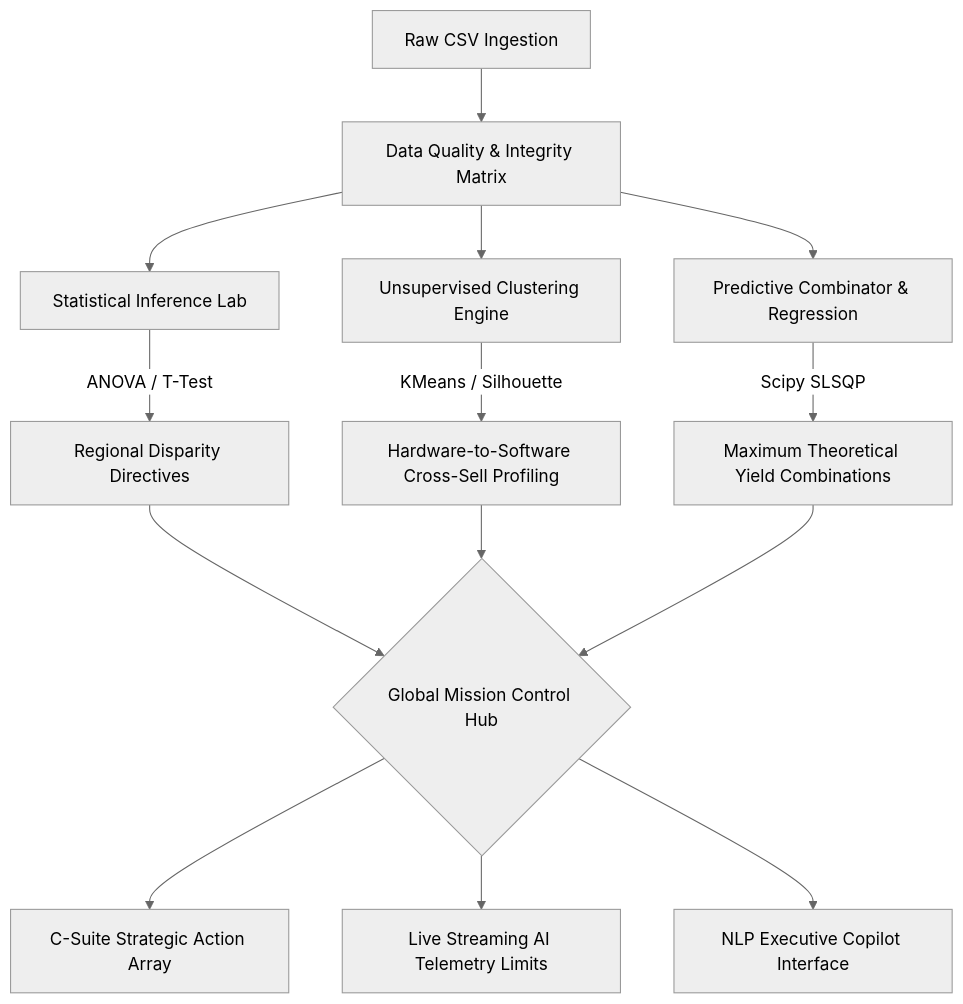
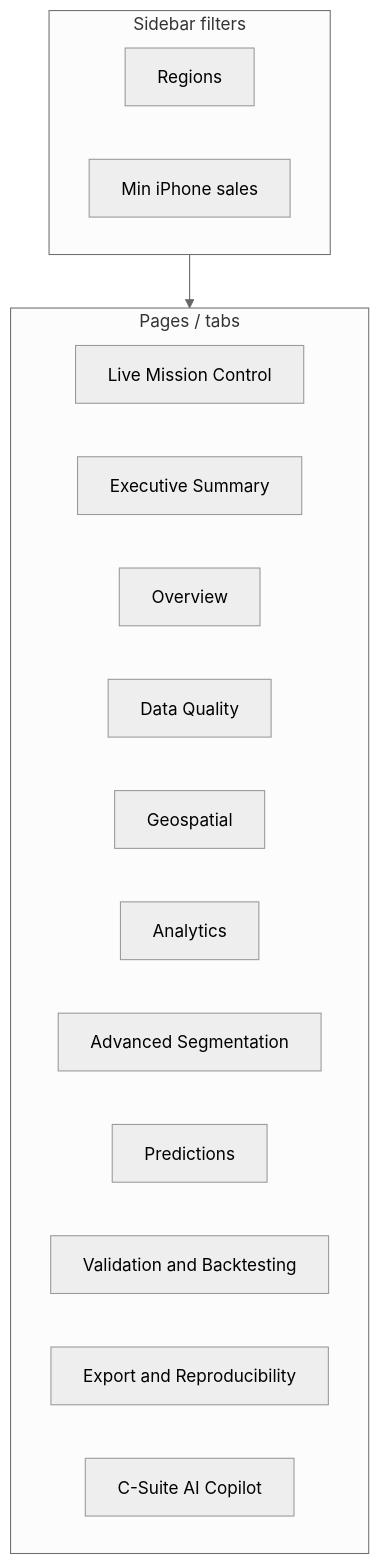
Before and after one commit to Khanz9664/Comprehensive-Data-Analysis-Visualization-of-Apple-Product-Sales: the third of 4 diagrams in README.md, drawn with Mermaid (neutral theme). The commit also changed other lines of this file and 1 other file, not shown here.

````diff
--- a/README.md
+++ b/README.md
@@ -29,19 +71,23 @@
 ```mermaid
-graph TD
-    A[Raw CSV Ingestion] --> B[Data Quality & Integrity Matrix]
-    B --> C[Statistical Inference Lab]
-    B --> D[Unsupervised Clustering Engine]
-    B --> E[Predictive Combinator & Regression]
-    
-    C -->|ANOVA / T-Test| F[Regional Disparity Directives]
-    D -->|KMeans / Silhouette| G[Hardware-to-Software Cross-Sell Profiling]
-    E -->|Scipy SLSQP| H[Maximum Theoretical Yield Combinations]
-    
-    F --> I{Global Mission Control Hub}
-    G --> I
-    H --> I
-    
-    I --> J[C-Suite Strategic Action Array]
-    I --> K[Live Streaming AI Telemetry Limits]
-    I --> L[NLP Executive Copilot Interface]
+flowchart TB
+    subgraph filters["Sidebar filters"]
+        R[Regions]
+        I[Min iPhone sales]
+    end
+
+    subgraph pages["Pages / tabs"]
+        M[Live Mission Control]
+        E[Executive Summary]
+        O[Overview]
+        DQ[Data Quality]
+        G[Geospatial]
+        AN[Analytics]
+        S[Advanced Segmentation]
+        P[Predictions]
+        V[Validation and Backtesting]
+        X[Export and Reproducibility]
+        C[C-Suite AI Copilot]
+    end
+
+    filters --> pages
 ```
````
